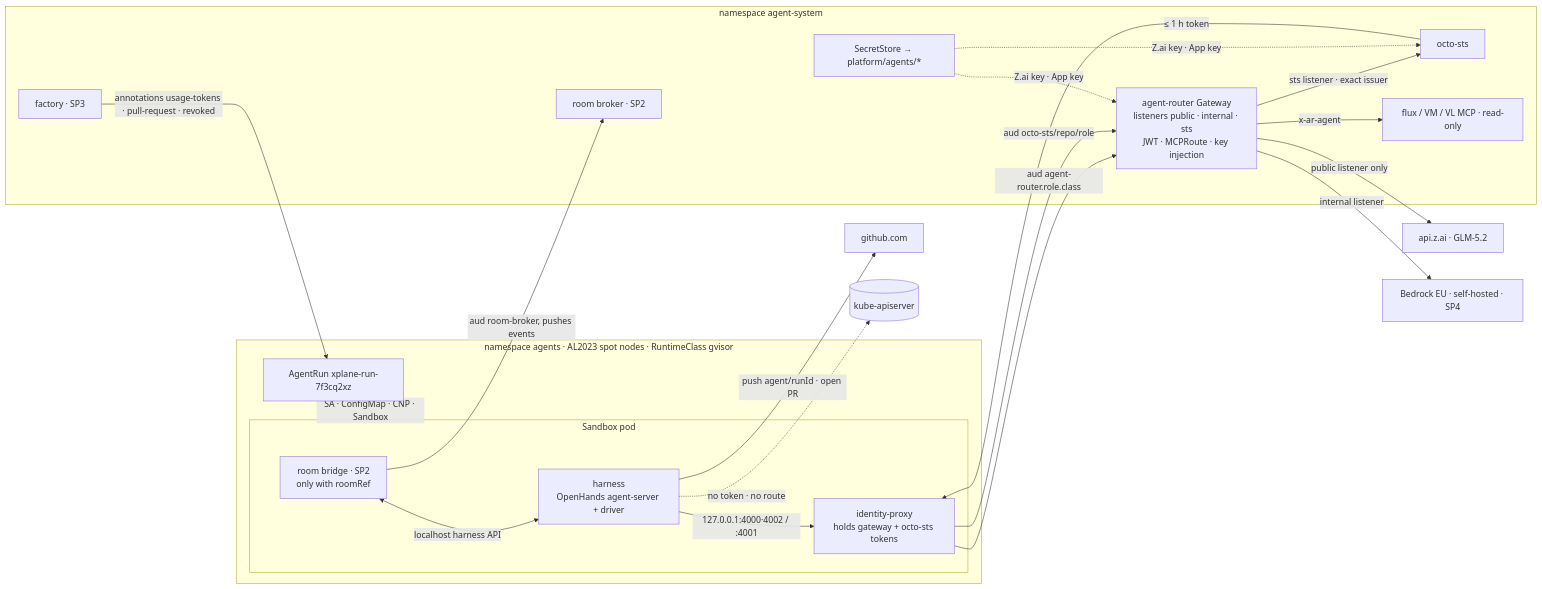
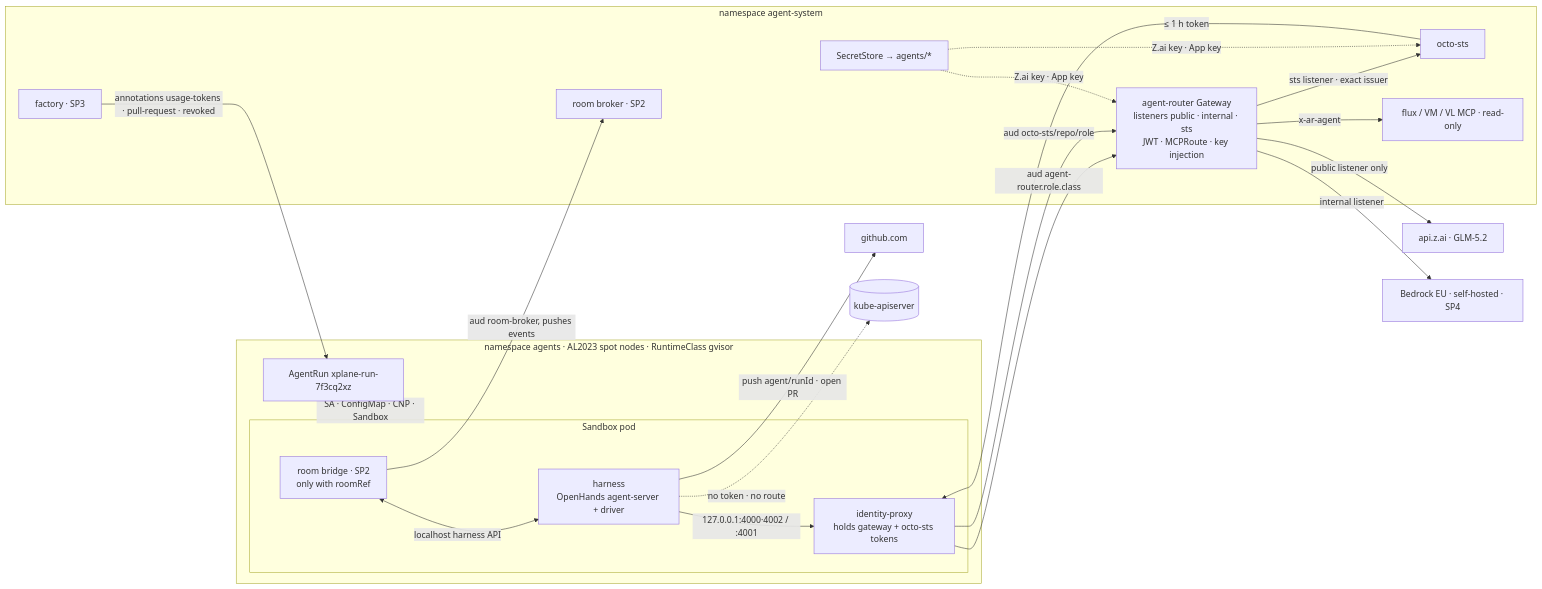
One commit to Smana/cloud-native-ref changed the first of 3 diagrams in docs/superpowers/specs/2026-09-23-agent-runtime-identity-design.md. Above: the diagram before and after it, drawn with Mermaid. The commit also changed other lines of this file and 4 other files, not shown here.

````diff
--- a/docs/superpowers/specs/2026-09-23-agent-runtime-identity-design.md
+++ b/docs/superpowers/specs/2026-09-23-agent-runtime-identity-design.md
@@ -71,39 +71,39 @@
 ```mermaid
 flowchart LR
   subgraph AG["namespace agents · AL2023 spot nodes · RuntimeClass gvisor"]
     XR[AgentRun xplane-run-7f3cq2xz]
     subgraph POD["Sandbox pod"]
       H[harness<br/>OpenHands agent-server + driver]
       P[identity-proxy<br/>holds gateway + octo-sts tokens]
       B[room bridge · SP2<br/>only with roomRef]
     end
   end
   subgraph SYS["namespace agent-system"]
     GW[agent-router Gateway<br/>listeners public · internal · sts<br/>JWT · MCPRoute · key injection]
     STS[octo-sts]
     MCP[flux / VM / VL MCP · read-only]
-    SS[SecretStore → platform/agents/*]
+    SS[SecretStore → agents/*]
     BR[room broker · SP2]
     F[factory · SP3]
   end
   ZAI[api.z.ai · GLM-5.2]
   BED[Bedrock EU · self-hosted · SP4]
   GH[github.com]
   API[(kube-apiserver)]
 
   XR -->|SA · ConfigMap · CNP · Sandbox| POD
   H -->|127.0.0.1:4000·4002 / :4001| P
   P -->|aud agent-router.role.class| GW
   P -->|aud octo-sts/repo/role| GW
   GW -->|sts listener · exact issuer| STS
   B -->|aud room-broker, pushes events| BR
   B <-->|localhost harness API| H
   GW -->|x-ar-agent| MCP
   GW -->|public listener only| ZAI
   GW -->|internal listener| BED
   STS -->|≤ 1 h token| P
   H -->|push agent/runId · open PR| GH
   SS -.->|Z.ai key · App key| GW & STS
   F -->|annotations usage-tokens · pull-request · revoked| XR
   H -.->|no token · no route| API
 ```
````
